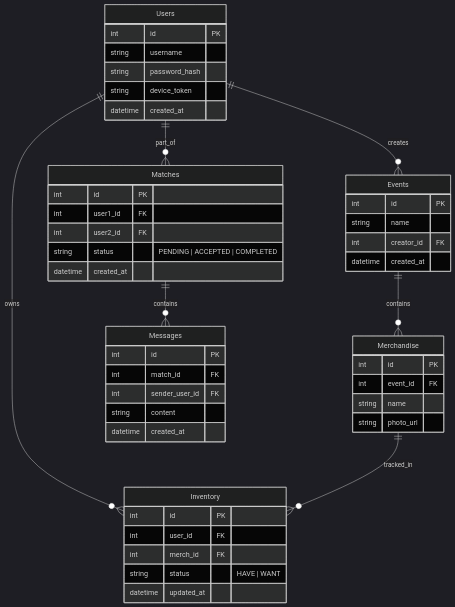
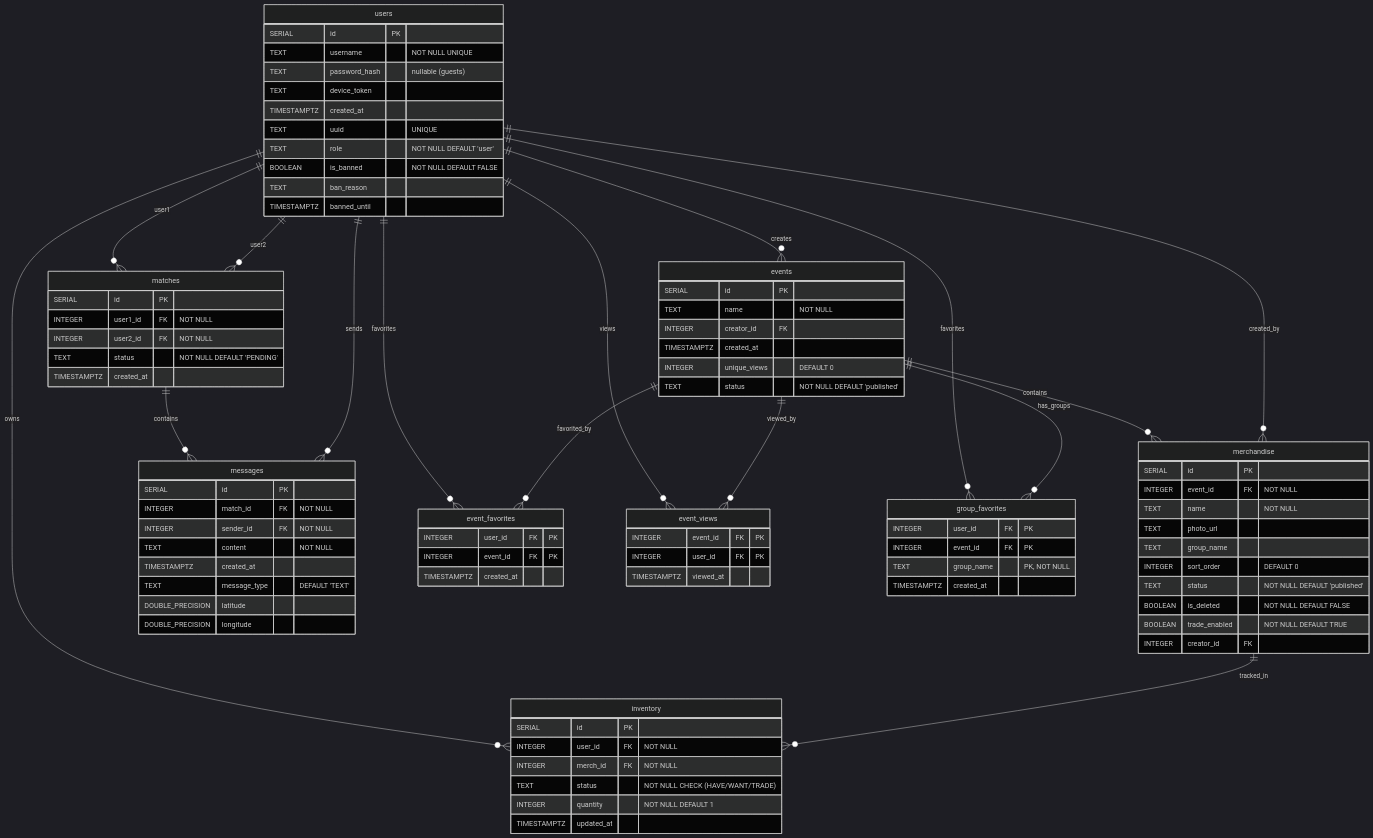
Before and after one commit to menonu/ymatch: the diagram in docs/db_schema.md, drawn with Mermaid (dark theme). The commit also changed other lines of this file and 10 other files, not shown here.

````diff
--- a/docs/db_schema.md
+++ b/docs/db_schema.md
@@ -5,55 +7,100 @@
 ```mermaid
 erDiagram
-    Users {
-        int id PK
-        string username
-        string password_hash
-        string device_token
-        datetime created_at
+    users {
+        SERIAL id PK
+        TEXT username "NOT NULL UNIQUE"
+        TEXT password_hash "nullable (guests)"
+        TEXT device_token
+        TIMESTAMPTZ created_at
+        TEXT uuid "UNIQUE"
+        TEXT role "NOT NULL DEFAULT 'user'"
+        BOOLEAN is_banned "NOT NULL DEFAULT FALSE"
+        TEXT ban_reason
+        TIMESTAMPTZ banned_until
     }
 
-    Events {
-        int id PK
-        string name
-        int creator_id FK
-        datetime created_at
+    events {
+        SERIAL id PK
+        TEXT name "NOT NULL"
+        INTEGER creator_id FK
+        TIMESTAMPTZ created_at
+        INTEGER unique_views "DEFAULT 0"
+        TEXT status "NOT NULL DEFAULT 'published'"
     }
 
-    Merchandise {
-        int id PK
-        int event_id FK
-        string name
-        string photo_url
+    merchandise {
+        SERIAL id PK
+        INTEGER event_id FK "NOT NULL"
+        TEXT name "NOT NULL"
+        TEXT photo_url
+        TEXT group_name
+        INTEGER sort_order "DEFAULT 0"
+        TEXT status "NOT NULL DEFAULT 'published'"
+        BOOLEAN is_deleted "NOT NULL DEFAULT FALSE"
+        BOOLEAN trade_enabled "NOT NULL DEFAULT TRUE"
+        INTEGER creator_id FK
     }
 
-    Inventory {
-        int id PK
-        int user_id FK
-        int merch_id FK
-        string status "HAVE | WANT"
-        datetime updated_at
+    inventory {
+        SERIAL id PK
+        INTEGER user_id FK "NOT NULL"
+        INTEGER merch_id FK "NOT NULL"
+        TEXT status "NOT NULL CHECK (HAVE/WANT/TRADE)"
+        INTEGER quantity "NOT NULL DEFAULT 1"
+        TIMESTAMPTZ updated_at
     }
 
-    Matches {
-        int id PK
-        int user1_id FK
-        int user2_id FK
-        string status "PENDING | ACCEPTED | COMPLETED"
-        datetime created_at
+    matches {
+        SERIAL id PK
+        INTEGER user1_id FK "NOT NULL"
+        INTEGER user2_id FK "NOT NULL"
+        TEXT status "NOT NULL DEFAULT 'PENDING'"
+        TIMESTAMPTZ created_at
     }
 
-    Messages {
-        int id PK
-        int match_id FK
-        int sender_user_id FK
-        string content
-        datetime created_at
+    messages {
+        SERIAL id PK
+        INTEGER match_id FK "NOT NULL"
+        INTEGER sender_id FK "NOT NULL"
+        TEXT content "NOT NULL"
+        TIMESTAMPTZ created_at
+        TEXT message_type "DEFAULT 'TEXT'"
+        DOUBLE_PRECISION latitude
+        DOUBLE_PRECISION longitude
     }
 
-    Users ||--o{ Events : creates
-    Events ||--o{ Merchandise : contains
-    Users ||--o{ Inventory : owns
-    Merchandise ||--o{ Inventory : tracked_in
-    Users ||--o{ Matches : part_of
-    Matches ||--o{ Messages : contains
+    event_favorites {
+        INTEGER user_id FK "PK"
+        INTEGER event_id FK "PK"
+        TIMESTAMPTZ created_at
+    }
+
+    event_views {
+        INTEGER event_id FK "PK"
+        INTEGER user_id FK "PK"
+        TIMESTAMPTZ viewed_at
+    }
+
+    group_favorites {
+        INTEGER user_id FK "PK"
+        INTEGER event_id FK "PK"
+        TEXT group_name "PK, NOT NULL"
+        TIMESTAMPTZ created_at
+    }
+
+    users ||--o{ events : "creates"
+    events ||--o{ merchandise : "contains"
+    users ||--o{ inventory : "owns"
+    merchandise ||--o{ inventory : "tracked_in"
+    users ||--o{ matches : "user1"
+    users ||--o{ matches : "user2"
+    matches ||--o{ messages : "contains"
+    users ||--o{ messages : "sends"
+    users ||--o{ event_favorites : "favorites"
+    events ||--o{ event_favorites : "favorited_by"
+    users ||--o{ event_views : "views"
+    events ||--o{ event_views : "viewed_by"
+    users ||--o{ group_favorites : "favorites"
+    events ||--o{ group_favorites : "has_groups"
+    merchandise }o--|| users : "created_by"
 ```
````
